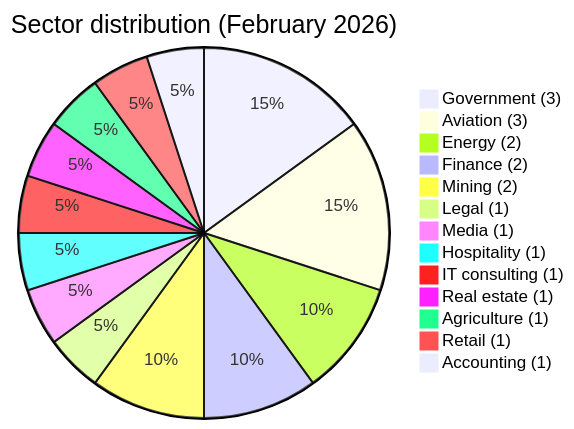
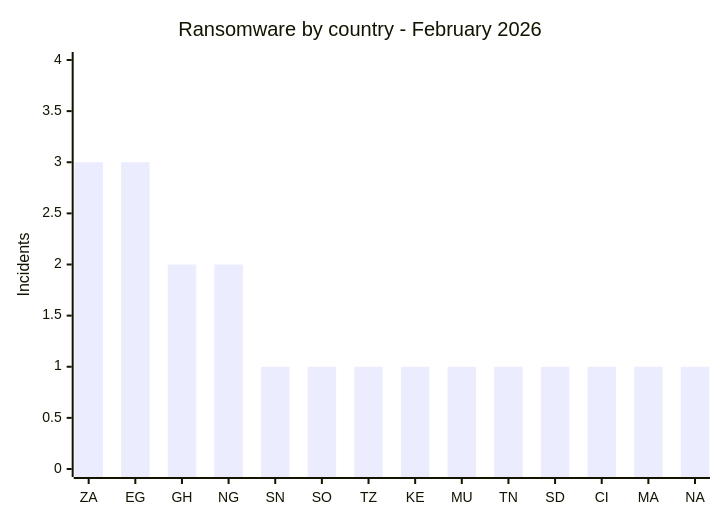
One commit to Hatchepsoute/AFRINTEL changed the third of 7 diagrams in CyberAttackAfrica/2026/02-february/README.md. Above: the diagram before and after it, drawn with Mermaid. The commit also changed other lines of this file and 45 other files, not shown here.

````diff
--- a/CyberAttackAfrica/2026/02-february/README.md
+++ b/CyberAttackAfrica/2026/02-february/README.md
@@ -167,17 +132,7 @@
 ```mermaid
-pie
- title Sector distribution (February 2026)
- "Government (3)" : 3
- "Aviation (3)" : 3
- "Energy (2)" : 2
- "Finance (2)" : 2
- "Mining (2)" : 2
- "Legal (1)" : 1
- "Media (1)" : 1
- "Hospitality (1)" : 1
- "IT consulting (1)" : 1
- "Real estate (1)" : 1
- "Agriculture (1)" : 1
- "Retail (1)" : 1
- "Accounting (1)" : 1
+xychart-beta
+    title "Ransomware by country - February 2026"
+    x-axis ["ZA", "EG", "GH", "NG", "SN", "SO", "TZ", "KE", "MU", "TN", "SD", "CI", "MA", "NA"]
+    y-axis "Incidents" 0 --> 4
+    bar [3, 3, 2, 2, 1, 1, 1, 1, 1, 1, 1, 1, 1, 1]
 ```
````
